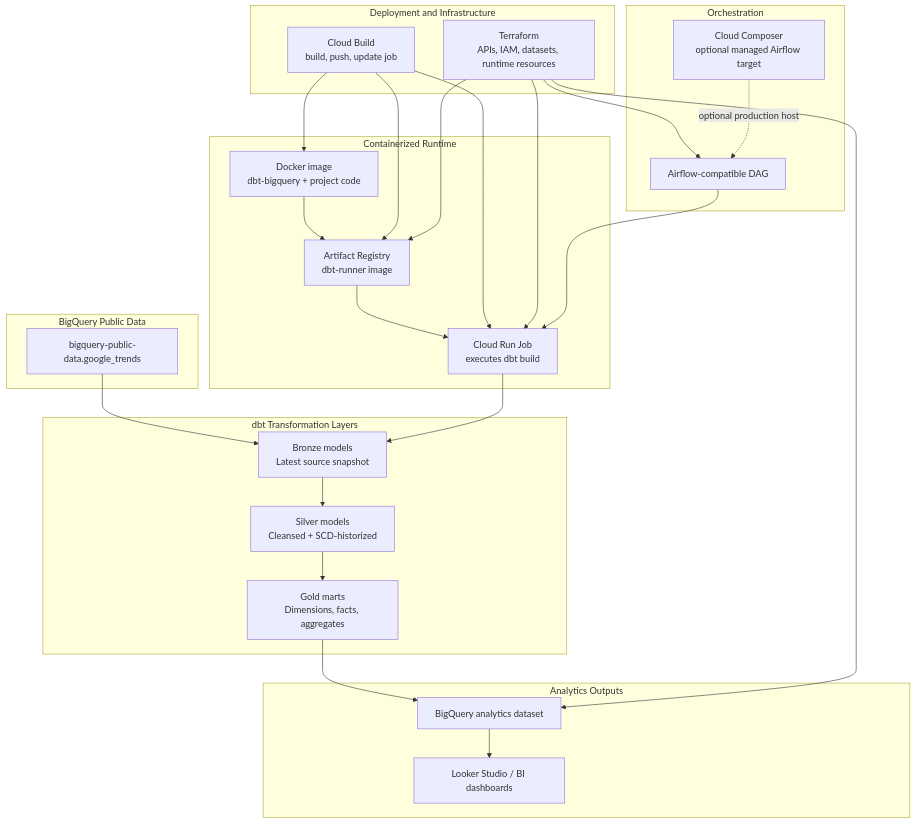
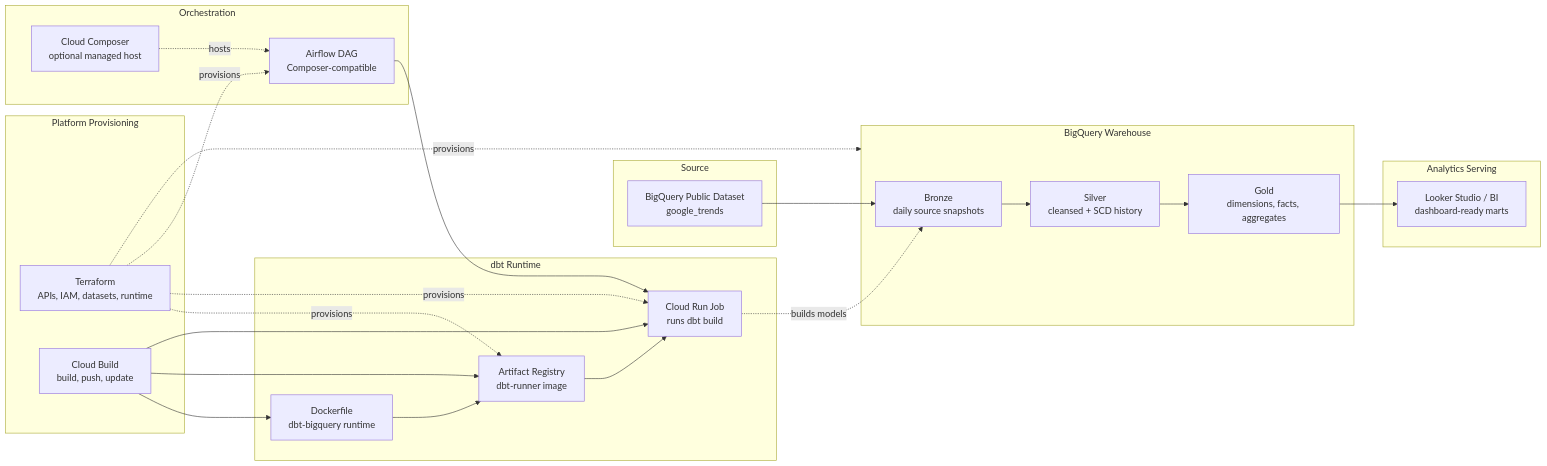
The diagram in architecture/diagrams/diagram.md (DavidPrivateProjects/global-trend-intelligence-platform), drawn with Mermaid before and after one commit. The commit also changed other lines of this file, not shown here.

Commit message:
docs: improve architecture diagram

````diff
--- a/architecture/diagrams/diagram.md
+++ b/architecture/diagrams/diagram.md
@@ -3,55 +3,53 @@
 ```mermaid
-flowchart TD
-    subgraph Source["BigQuery Public Data"]
-        GT["bigquery-public-data.google_trends"]
+flowchart LR
+    %% Main data path
+    subgraph source["Source"]
+        public_bq["BigQuery Public Dataset<br/>google_trends"]
     end
 
-    subgraph Transform["dbt Transformation Layers"]
-        B["Bronze models<br/>Latest source snapshot"]
-        S["Silver models<br/>Cleansed + SCD-historized"]
-        G["Gold marts<br/>Dimensions, facts, aggregates"]
+    subgraph warehouse["BigQuery Warehouse"]
+        bronze["Bronze<br/>daily source snapshots"]
+        silver["Silver<br/>cleansed + SCD history"]
+        gold["Gold<br/>dimensions, facts, aggregates"]
     end
 
-    subgraph Runtime["Containerized Runtime"]
-        DOCKER["Docker image<br/>dbt-bigquery + project code"]
-        AR["Artifact Registry<br/>dbt-runner image"]
-        CR["Cloud Run Job<br/>executes dbt build"]
+    subgraph serving["Analytics Serving"]
+        dashboards["Looker Studio / BI<br/>dashboard-ready marts"]
     end
 
-    subgraph Deployment["Deployment and Infrastructure"]
-        TF["Terraform<br/>APIs, IAM, datasets, runtime resources"]
-        CB["Cloud Build<br/>build, push, update job"]
+    public_bq --> bronze --> silver --> gold --> dashboards
+
+    %% Runtime path
+    subgraph runtime["dbt Runtime"]
+        docker["Dockerfile<br/>dbt-bigquery runtime"]
+        registry["Artifact Registry<br/>dbt-runner image"]
+        run_job["Cloud Run Job<br/>runs dbt build"]
     end
 
-    subgraph Orchestration["Orchestration"]
-        AF["Airflow-compatible DAG"]
-        COMP["Cloud Composer<br/>optional managed Airflow target"]
+    docker --> registry --> run_job
+    run_job -. builds models .-> bronze
+
+    %% Orchestration path
+    subgraph orchestration["Orchestration"]
+        airflow["Airflow DAG<br/>Composer-compatible"]
+        composer["Cloud Composer<br/>optional managed host"]
     end
 
-    subgraph Analytics["Analytics Outputs"]
-        BQ["BigQuery analytics dataset"]
-        LS["Looker Studio / BI dashboards"]
+    composer -. hosts .-> airflow
+    airflow --> run_job
+
+    %% Deployment and infrastructure path
+    subgraph platform["Platform Provisioning"]
+        terraform["Terraform<br/>APIs, IAM, datasets, runtime"]
+        cloudbuild["Cloud Build<br/>build, push, update"]
     end
 
-    GT --> B
-    B --> S
-    S --> G
-    G --> BQ
-    BQ --> LS
+    terraform -. provisions .-> warehouse
+    terraform -. provisions .-> registry
+    terraform -. provisions .-> run_job
+    terraform -. provisions .-> airflow
 
-    DOCKER --> AR
-    AR --> CR
-    CR --> B
-
-    CB --> DOCKER
-    CB --> AR
-    CB --> CR
-
-    TF --> BQ
-    TF --> AR
-    TF --> CR
-    TF --> AF
-
-    AF --> CR
-    COMP -. optional production host .-> AF
+    cloudbuild --> docker
+    cloudbuild --> registry
+    cloudbuild --> run_job
 ```
````
